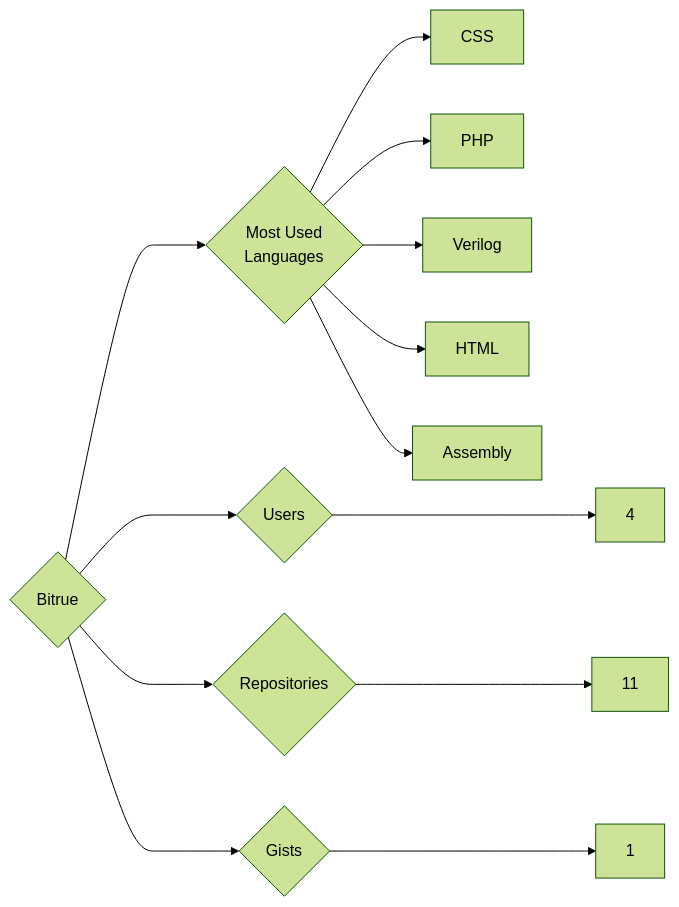
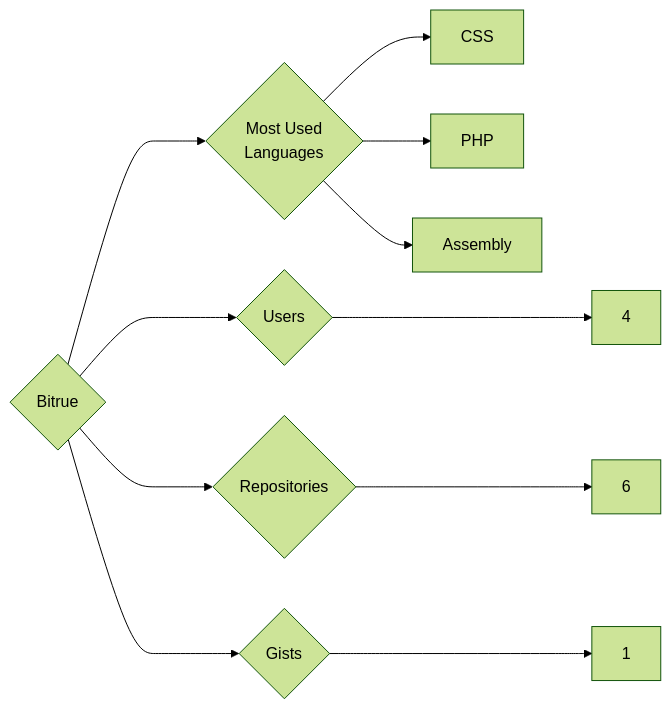
Before and after one commit to trickest/insiders: the diagram in targets/Bitrue/README.md, drawn with Mermaid (forest theme). The commit also changed 964 other files, not shown here.

````diff
--- a/targets/Bitrue/README.md
+++ b/targets/Bitrue/README.md
@@ -3,13 +3,11 @@
 ```mermaid
 graph LR
 COMPANY_NAME{Bitrue}
 COMPANY_NAME ---> U{Users} ---> UN[4]
-COMPANY_NAME ---> R{Repositories} ---> RN[11]
+COMPANY_NAME ---> R{Repositories} ---> RN[6]
 COMPANY_NAME ---> G{Gists} ---> GN[1]
 COMPANY_NAME ---> ML{Most Used<br>Languages}
 ML --> CSS[CSS]
 ML --> PHP[PHP]
-ML --> Verilog[Verilog]
-ML --> HTML[HTML]
 ML --> Assembly[Assembly]
 ```
````
